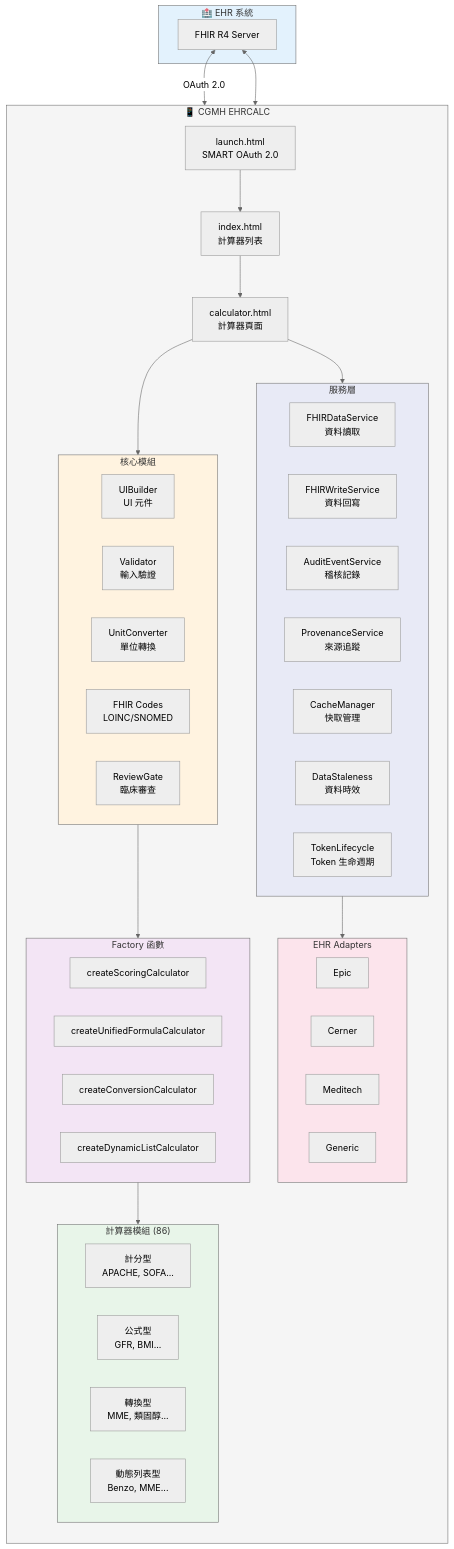
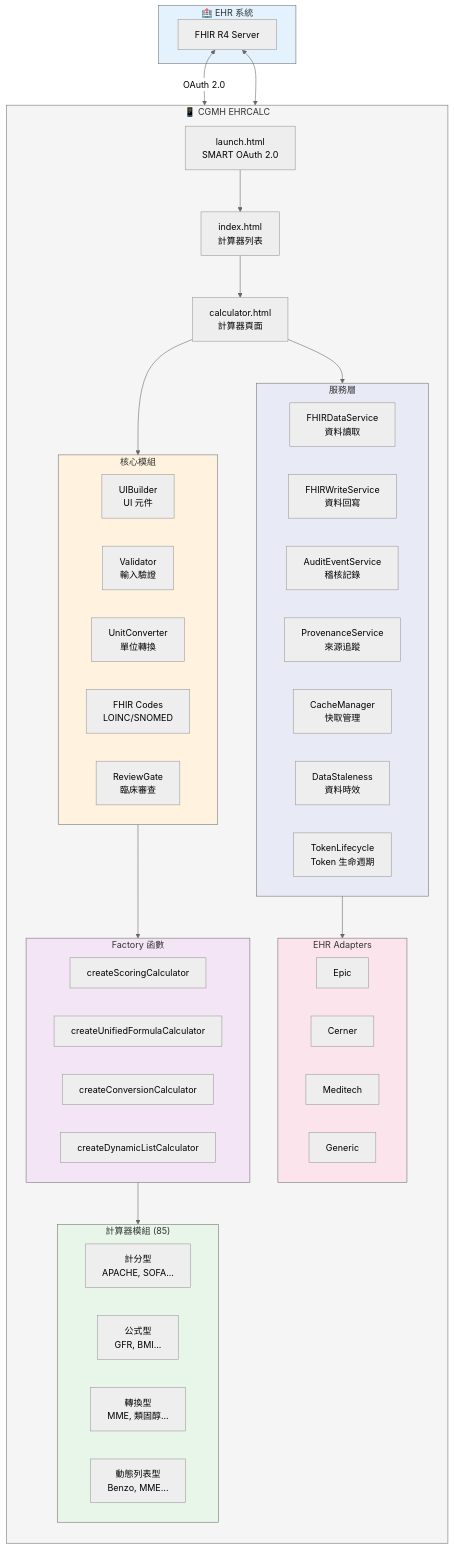
One commit to Lusnaker0730/MEDCALCEHR changed the first of 2 diagrams in README.md. Above: the diagram before and after it, drawn with Mermaid (neutral theme). The commit also changed other lines of this file and 2 other files, not shown here.

````diff
--- a/README.md
+++ b/README.md
@@ -228,70 +229,70 @@
 ```mermaid
 flowchart TB
     subgraph EHR["🏥 EHR 系統"]
         FHIR["FHIR R4 Server"]
     end
 
     subgraph App["📱 CGMH EHRCALC"]
         direction TB
         Launch["launch.html<br/>SMART OAuth 2.0"]
         Index["index.html<br/>計算器列表"]
         Calc["calculator.html<br/>計算器頁面"]
 
         subgraph Core["核心模組"]
             UIBuilder["UIBuilder<br/>UI 元件"]
             Validator["Validator<br/>輸入驗證"]
             UnitConv["UnitConverter<br/>單位轉換"]
             FHIRCodes["FHIR Codes<br/>LOINC/SNOMED"]
             ReviewGate["ReviewGate<br/>臨床審查"]
         end
 
         subgraph Services["服務層"]
             FHIRData["FHIRDataService<br/>資料讀取"]
             FHIRWrite["FHIRWriteService<br/>資料回寫"]
             AuditSvc["AuditEventService<br/>稽核記錄"]
             Provenance["ProvenanceService<br/>來源追蹤"]
             Cache["CacheManager<br/>快取管理"]
             Staleness["DataStaleness<br/>資料時效"]
             TokenLM["TokenLifecycle<br/>Token 生命週期"]
         end
 
         subgraph Adapters["EHR Adapters"]
             Epic["Epic"]
             Cerner["Cerner"]
             Meditech["Meditech"]
             Generic["Generic"]
         end
 
-        subgraph Calculators["計算器模組 (86)"]
+        subgraph Calculators["計算器模組 (85)"]
             Scoring["計分型<br/>APACHE, SOFA..."]
             Formula["公式型<br/>GFR, BMI..."]
             Convert["轉換型<br/>MME, 類固醇..."]
             DynList["動態列表型<br/>Benzo, MME..."]
         end
 
         subgraph Factories["Factory 函數"]
             SF["createScoringCalculator"]
             FF["createUnifiedFormulaCalculator"]
             CF["createConversionCalculator"]
             DF["createDynamicListCalculator"]
         end
     end
 
     FHIR <-->|"OAuth 2.0"| Launch
     FHIR <--> Adapters
     Launch --> Index
     Index --> Calc
     Calc --> Core
     Calc --> Services
     Services --> Adapters
     Core --> Factories
     Factories --> Calculators
 
     style EHR fill:#e3f2fd
     style App fill:#f5f5f5
     style Core fill:#fff3e0
     style Services fill:#e8eaf6
     style Adapters fill:#fce4ec
     style Calculators fill:#e8f5e9
     style Factories fill:#f3e5f5
 ```
````
